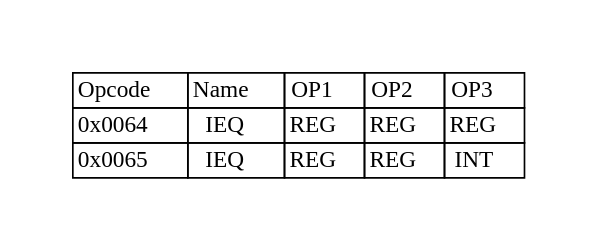
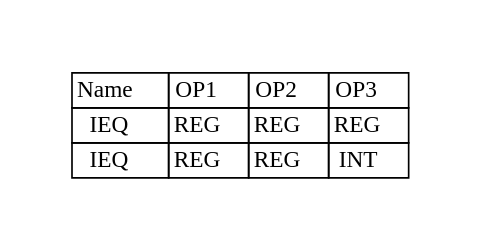
One commit to adesutherland/CREXX changed the diagram in docs/books/crexx_vm_spec/svg/ieq.gv. Above: the diagram before and after it, drawn with Graphviz. The commit also changed 319 other files, not shown here.

```diff
--- a/docs/books/crexx_vm_spec/svg/ieq.gv
+++ b/docs/books/crexx_vm_spec/svg/ieq.gv
@@ -1,10 +1,10 @@
 digraph{
 graph [pad="0.5", nodesep="0.5", ranksep="2" ]
-node[shape=plain]
+node [shape=plain]
 Foo [label=<
 <table border="0" cellborder="1" cellspacing="0">
-<tr><td> Opcode </td> <td> Name </td> <td> OP1 </td><td> OP2 </td><td> OP3 </td> </tr>
-<tr><td> 0x0064 </td><td> IEQ </td><td> REG </td><td> REG </td><td> REG </td> </tr>
-<tr><td> 0x0065 </td><td> IEQ </td><td> REG </td><td> REG </td><td> INT </td> </tr>
+<tr><td> Name </td> <td> OP1 </td><td> OP2 </td><td> OP3 </td> </tr>
+<tr><td> IEQ </td><td> REG </td><td> REG </td><td> REG </td> </tr>
+<tr><td> IEQ </td><td> REG </td><td> REG </td><td> INT </td> </tr>
 </table>>];
 }
```
